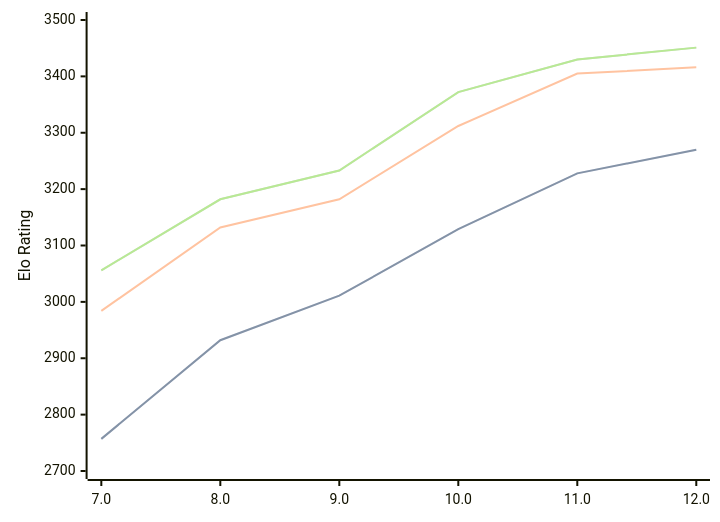
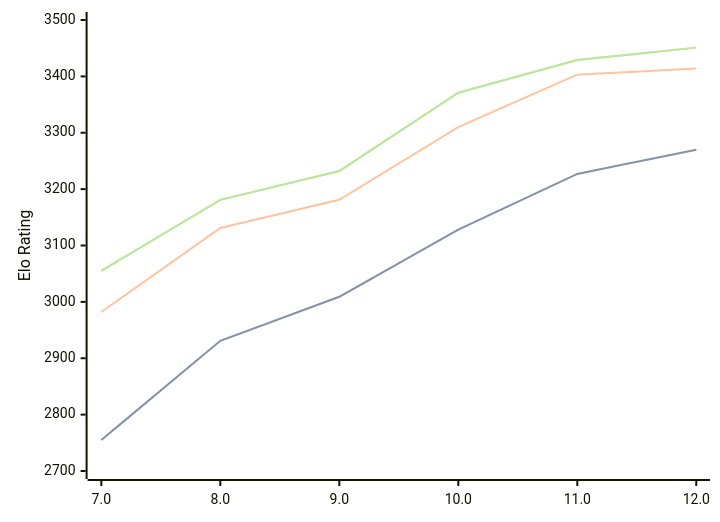
Before and after one commit to computer-chess-index/cci: the diagram in engines/Tcheran.md, drawn with Mermaid. The commit also changed other lines of this file, not shown here.

Commit message:
Update CCI Ratings (ELO VLTC) - 2026-06-07

````diff
--- a/engines/Tcheran.md
+++ b/engines/Tcheran.md
@@ -50,11 +50,11 @@
 ```mermaid
 %%{init: {"theme":"base","themeVariables":{"seriesColors:['#a3a3a3','#222221','#faa371']}}}%%
 xychart-beta
   x-axis ["7.0", "8.0", "9.0", "10.0", "11.0", "12.0"]
   y-axis "Elo Rating" 2700 --> 3500
-  line "STC (8.0+0.08s)" [2757, 2932, 3011, 3129, 3228, 3270]
-  line "STC (8.0+0.08s)" [2757, 2932, 3011, 3129, 3228, 3270]
-  line "LTC (60.0+0.60s)" [2984, 3132, 3182, 3312, 3405, 3416]
-  line "VLTC (2m24s+1.12s)" [3056, 3182, 3233, 3372, 3430, 3451]
-  line "VLTC (2m24s+1.12s)" [3056, 3182, 3233, 3372, 3430, 3451]
+  line "STC (8.0+0.08s)" [2755, 2931, 3009, 3128, 3227, 3270]
+  line "STC (8.0+0.08s)" [2755, 2931, 3009, 3128, 3227, 3270]
+  line "LTC (60.0+0.60s)" [2982, 3131, 3181, 3310, 3403, 3414]
+  line "VLTC (2m24s+1.12s)" [3055, 3181, 3232, 3371, 3429, 3451]
+  line "VLTC (2m24s+1.12s)" [3055, 3181, 3232, 3371, 3429, 3451]
 ```
````
